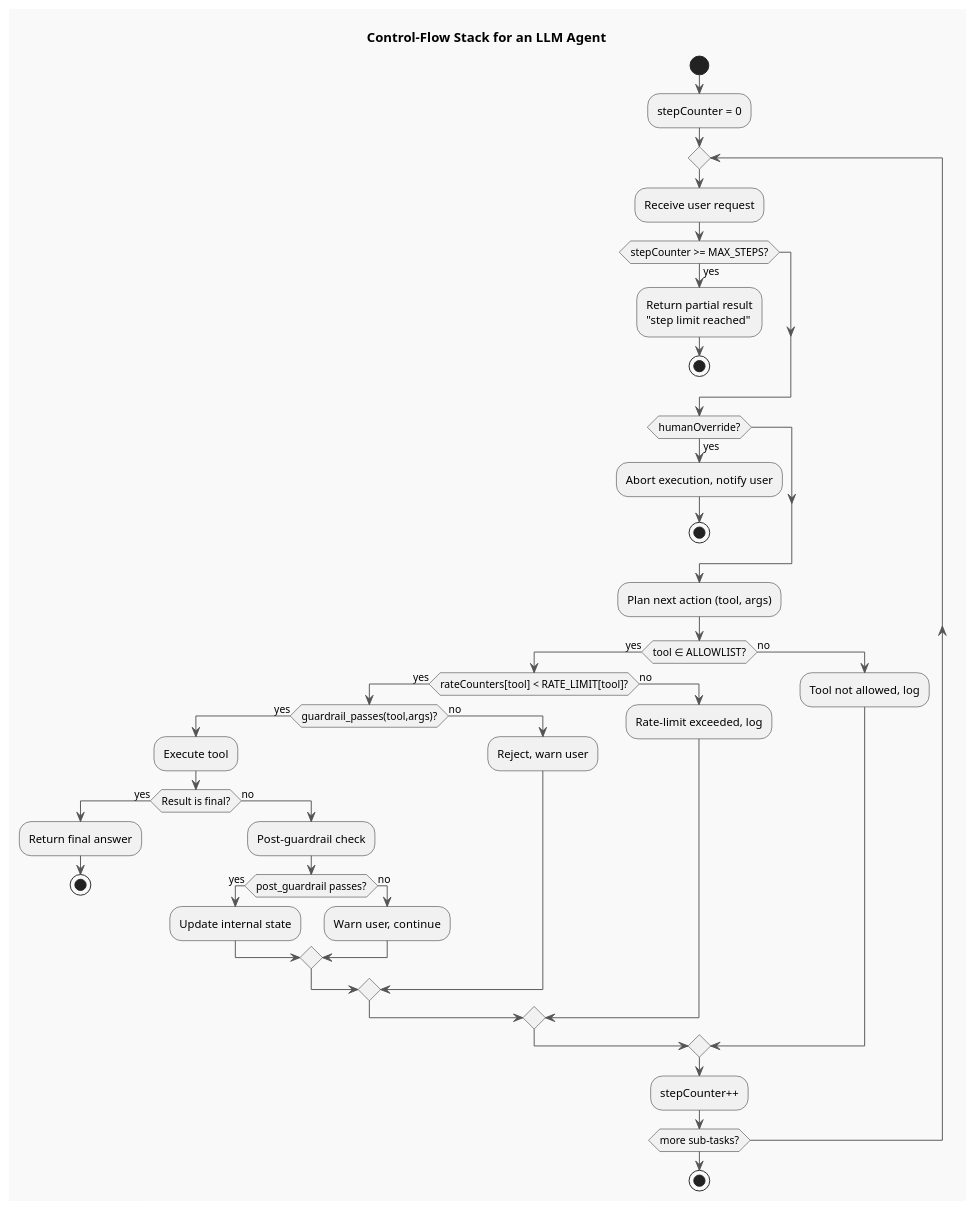
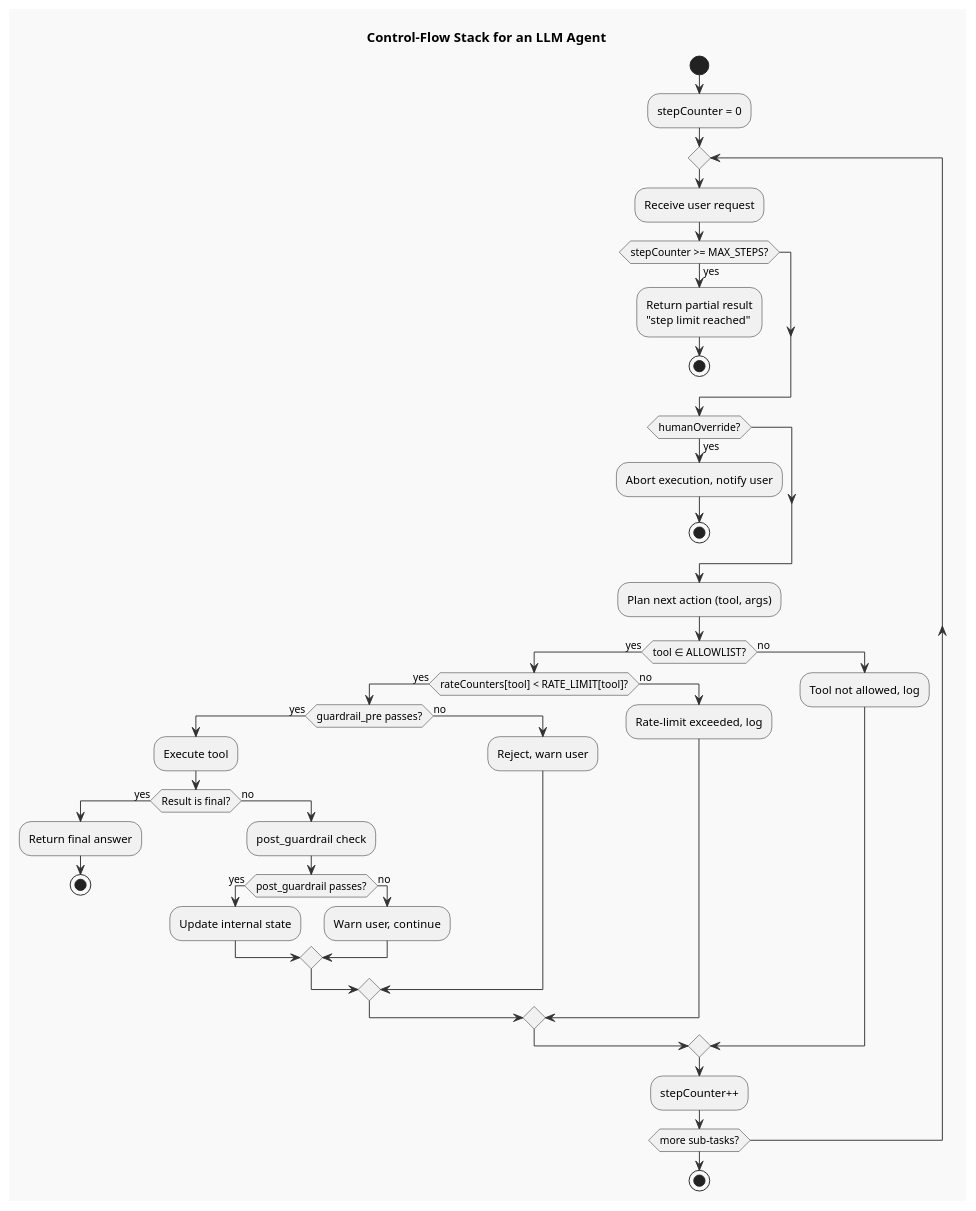
Before and after one commit to InquiryInstitute/AIPA: the diagram in aipa/part-iii/ch09-acting-in-the-world/lecture-06.adoc, drawn with PlantUML. The commit also changed other lines of this file and 128 other files, not shown here.

```diff
--- a/aipa/part-iii/ch09-acting-in-the-world/lecture-06.adoc
+++ b/aipa/part-iii/ch09-acting-in-the-world/lecture-06.adoc
@@ -176,48 +238,56 @@
 [plantuml,ch09-l06,png,theme=sketchy-outline]
 ....
 @startuml
 title Control‑Flow Stack for an LLM Agent
 skinparam backgroundColor #F9F9F9
-skinparam ArrowColor #555555
+skinparam ArrowColor #333333
+skinparam rectangle {
+  BackgroundColor #FFFFFF
+  BorderColor #555555
+}
+skinparam diamond {
+  BackgroundColor #E8F5E9
+  BorderColor #2E7D32
+}
 start
 :stepCounter = 0;
 repeat
   :Receive user request;
   if (stepCounter >= MAX_STEPS?) then (yes)
     :Return partial result\n"step limit reached";
     stop
   endif
   if (humanOverride?) then (yes)
     :Abort execution, notify user;
     stop
   endif
   :Plan next action (tool, args);
   if (tool ∈ ALLOWLIST?) then (yes)
     if (rateCounters[tool] < RATE_LIMIT[tool]?) then (yes)
-      if (guardrail_passes(tool,args)?) then (yes)
+      if (guardrail_pre passes?) then (yes)
         :Execute tool;
         if (Result is final?) then (yes)
           :Return final answer;
           stop
         else (no)
-          :Post‑guardrail check;
+          :post_guardrail check;
           if (post_guardrail passes?) then (yes)
             :Update internal state;
           else (no)
             :Warn user, continue;
           endif
         endif
       else (no)
         :Reject, warn user;
       endif
     else (no)
       :Rate‑limit exceeded, log;
     endif
   else (no)
     :Tool not allowed, log;
   endif
   :stepCounter++;
 repeat while (more sub‑tasks?);
 stop
 @enduml
 ....
```
